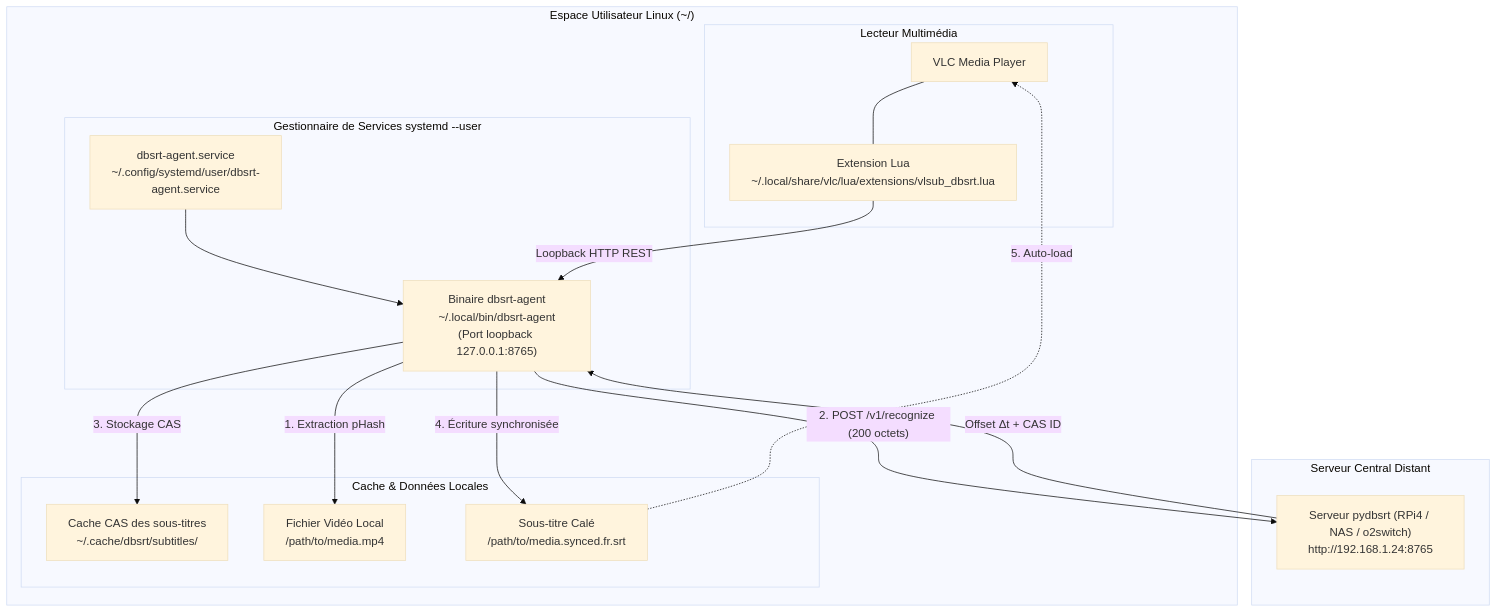
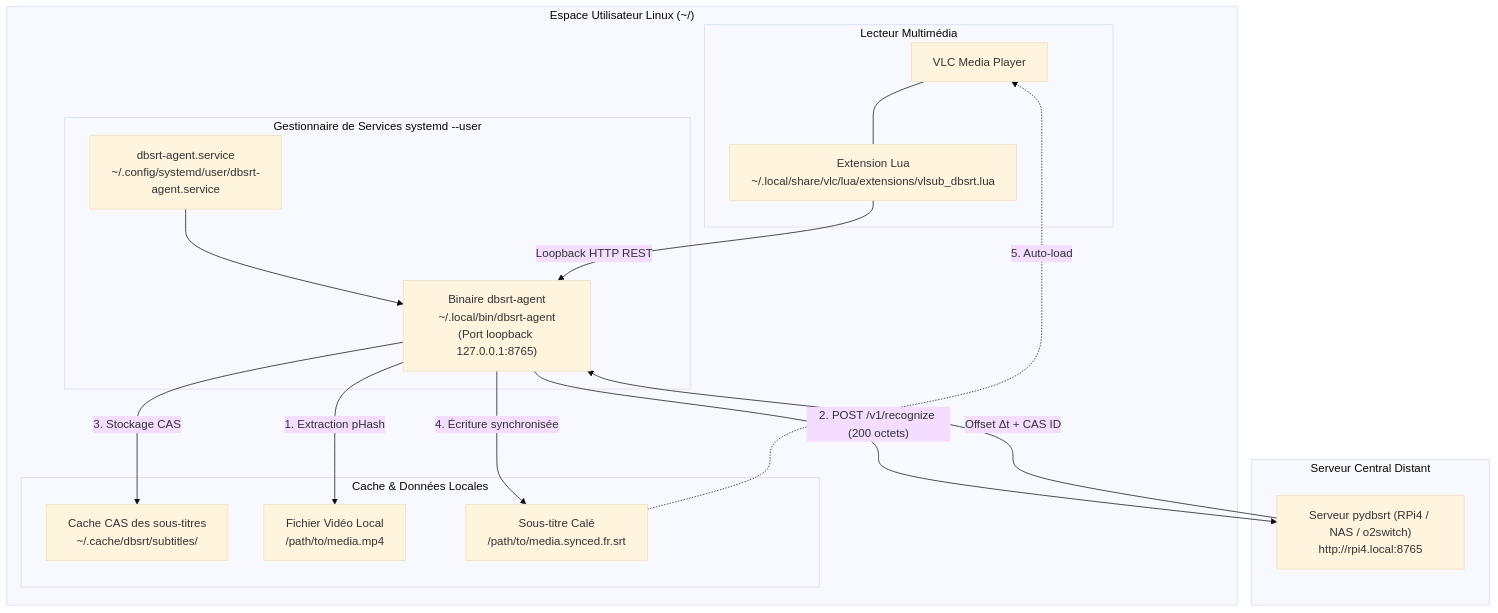
One commit to yoyonel/pydbsrt changed the diagram in docs/2026-10-20-tutoriel-installation-client-linux-vlc-et-service-systemd.md. Above: the diagram before and after it, drawn with Mermaid (base theme). The commit also changed other lines of this file and 25 other files, not shown here.

````diff
--- a/docs/2026-10-20-tutoriel-installation-client-linux-vlc-et-service-systemd.md
+++ b/docs/2026-10-20-tutoriel-installation-client-linux-vlc-et-service-systemd.md
@@ -25,35 +25,35 @@
 ```mermaid
 flowchart TD
     subgraph User_Space ["Espace Utilisateur Linux (~/)"]
         subgraph VLC_Layer ["Lecteur Multimédia"]
             VLC["VLC Media Player"]
             EXT["Extension Lua\n~/.local/share/vlc/lua/extensions/vlsub_dbsrt.lua"]
             VLC --- EXT
         end
 
         subgraph Systemd_Layer ["Gestionnaire de Services systemd --user"]
             SERVICE["dbsrt-agent.service\n~/.config/systemd/user/dbsrt-agent.service"]
             DAEMON["Binaire dbsrt-agent\n~/.local/bin/dbsrt-agent\n(Port loopback 127.0.0.1:8765)"]
             SERVICE --> DAEMON
         end
 
         subgraph Storage_Layer ["Cache & Données Locales"]
             CACHE["Cache CAS des sous-titres\n~/.cache/dbsrt/subtitles/"]
             VIDEO["Fichier Vidéo Local\n/path/to/media.mp4"]
             SYNCED_SRT["Sous-titre Calé\n/path/to/media.synced.fr.srt"]
         end
 
         EXT -->|"Loopback HTTP REST"| DAEMON
         DAEMON -->|"1. Extraction pHash"| VIDEO
         DAEMON -->|"3. Stockage CAS"| CACHE
         DAEMON -->|"4. Écriture synchronisée"| SYNCED_SRT
         SYNCED_SRT -.->|"5. Auto-load"| VLC
     end
 
     subgraph Central_Server ["Serveur Central Distant"]
-        REMOTE["Serveur pydbsrt (RPi4 / NAS / o2switch)\nhttp://192.168.1.24:8765"]
+        REMOTE["Serveur pydbsrt (RPi4 / NAS / o2switch)\nhttp://rpi4.local:8765"]
     end
 
     DAEMON -->|"2. POST /v1/recognize (200 octets)"| REMOTE
     REMOTE -->|"Offset Δt + CAS ID"| DAEMON
 ```
````
